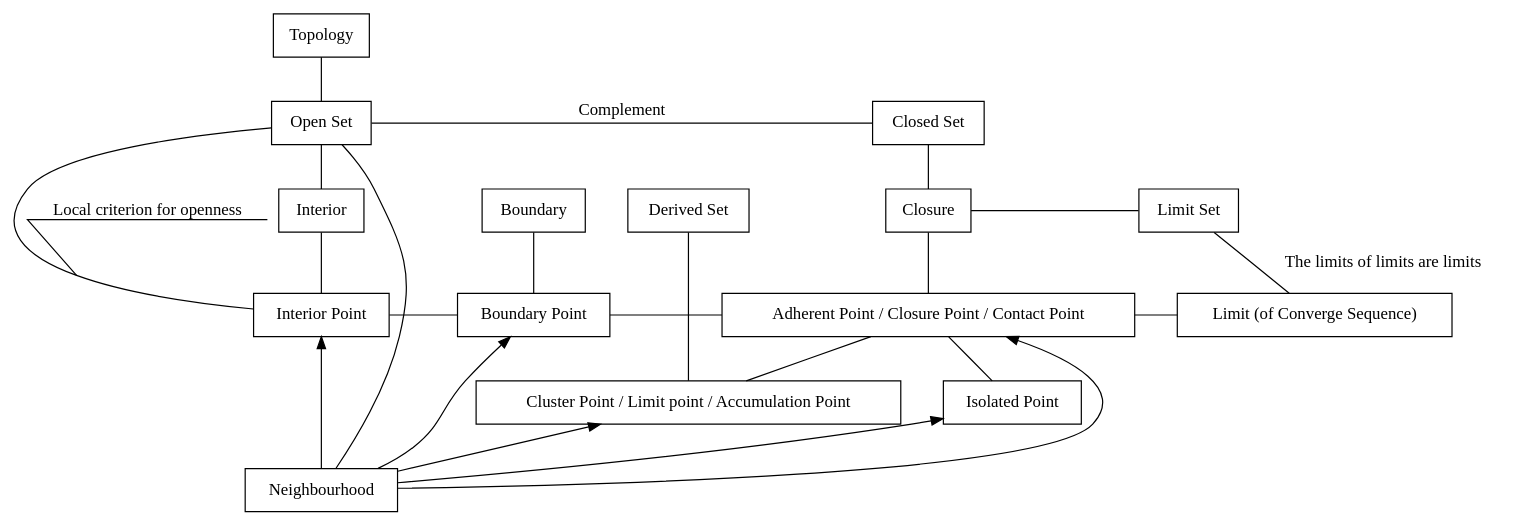
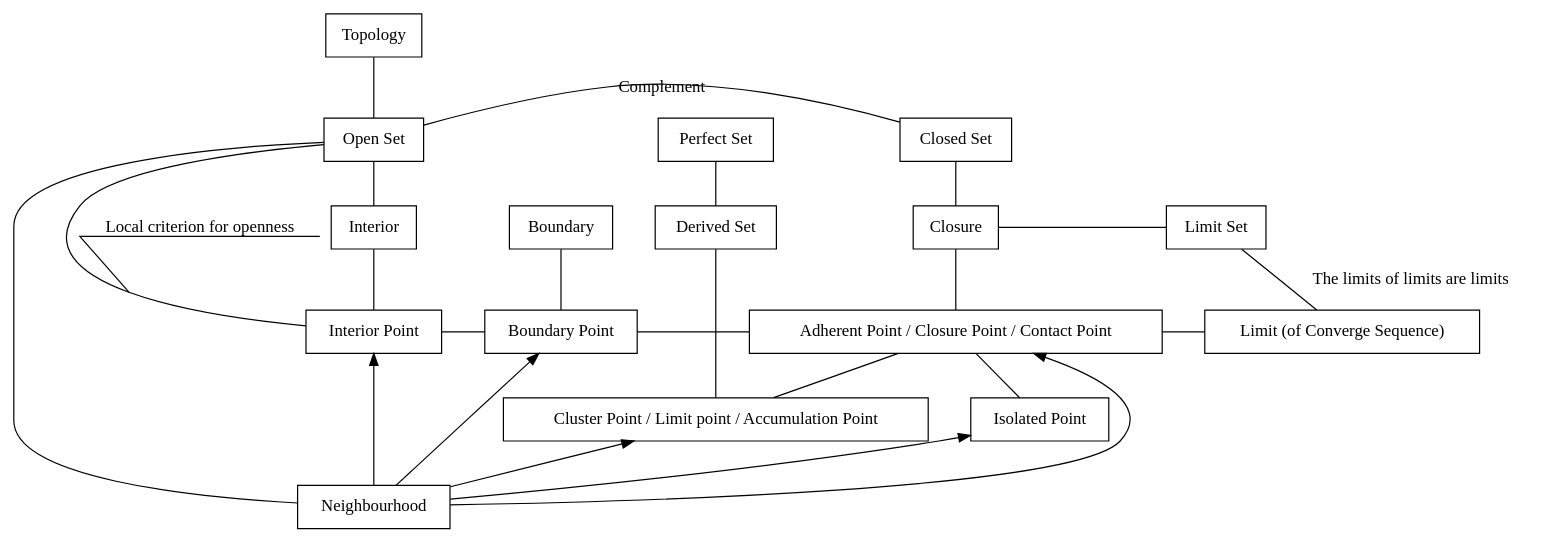
One commit to HanetakaChou/hanetakachou.github.io changed the diagram in src/Mathematics/Analysis/Topology.dot. Above: the diagram before and after it, drawn with Graphviz. The commit also changed 2 other files, not shown here.

Commit message:
Perfect Set

```diff
--- a/src/Mathematics/Analysis/Topology.dot
+++ b/src/Mathematics/Analysis/Topology.dot
@@ -1,84 +1,90 @@
 graph topology{
     rankdir=TB
     //splines=false
     node[shape=box]
     //edge[decorate=true]
     
     Topology //拓扑
     Topology--Open_Set[weight=100]
 
     {
         rank=same
         rankdir=LR
         Open_Set[label="Open Set"] //开集
         Closed_Set[label="Closed Set"] //闭集
-        Open_Set--Closed_Set[label="Complement"] //补集
+        Perfect_Set[label="Perfect Set"] //完成集
+        Open_Set--Perfect_Set--Closed_Set[style=invis]
     }
     Open_Set--Neighbourhood
     Open_Set--Interior[weight=100]
-    Open_Set--Interior_Point[label="Local criterion for openness",decorate=true]
+    Open_Set--Interior_Point[label="Local criterion for openness", decorate=true]
     Closed_Set--Closure[weight=100]
+    {
+        rankdir=LR
+        Open_Set--Closed_Set[label="Complement"] //补集
+    }
+    Perfect_Set--Derived_Set[weight=100]
 
     Neighbourhood //领域
     Interior_Point--Neighbourhood[weight=100 dir=back]
     Cluster_Point--Neighbourhood[dir=back]
     Isolated_Point--Neighbourhood[dir=back]
     Adherent_Point--Neighbourhood[dir=back]
     Boundary_Point--Neighbourhood[dir=back]
 
     {
         rank=same
         rankdir=LR
 
         Cluster_Point[label="Cluster Point / Limit point / Accumulation Point"] //聚(集)点/极(限)点/(会)聚点
         Isolated_Point[label="Isolated Point"] //孤(立)点
 
         Cluster_Point--Isolated_Point[style=invis]
     }
     Adherent_Point--Cluster_Point[weight=100]
     Adherent_Point--Isolated_Point[weight=100]
 
     {
         rank=same
         rankdir=LR
 
         Interior_Point[label="Interior Point"] //内点
         Adherent_Point[label="Adherent Point / Closure Point / Contact Point"] //附着点/闭包点/(接)触点
         Boundary_Point[label="Boundary Point"] //边界点
 
         Interior_Point--Boundary_Point--Adherent_Point//[style=invis]
     }
     //Boundary_Point--Interior_Point[constraint=false]
     //Boundary_Point--Adherent_Point[constraint=false]
 
     {
         rank=same
         rankdir=LR
 
         Interior //内部
         Closure //闭包
         Derived_Set[label="Derived Set"] //导集
         Boundary //边界
 
         Interior--Boundary--Derived_Set--Closure[style=invis]
     }
     Interior--Interior_Point[weight=100]
     Closure--Adherent_Point[weight=100]
     Derived_Set--Cluster_Point[weight=100]
     Boundary--Boundary_Point[weight=100]
 
     Limit[label="Limit (of Converge Sequence)"]
     {
         rank=same
         rankdir=LR
         Adherent_Point--Limit
     }
 
     Limit_Set[label="Limit Set"]
     {
         rank=same
         rankdir=LR
         Closure--Limit_Set
     }
     Limit_Set--Limit[label="The limits of limits are limits"]
 }
```
